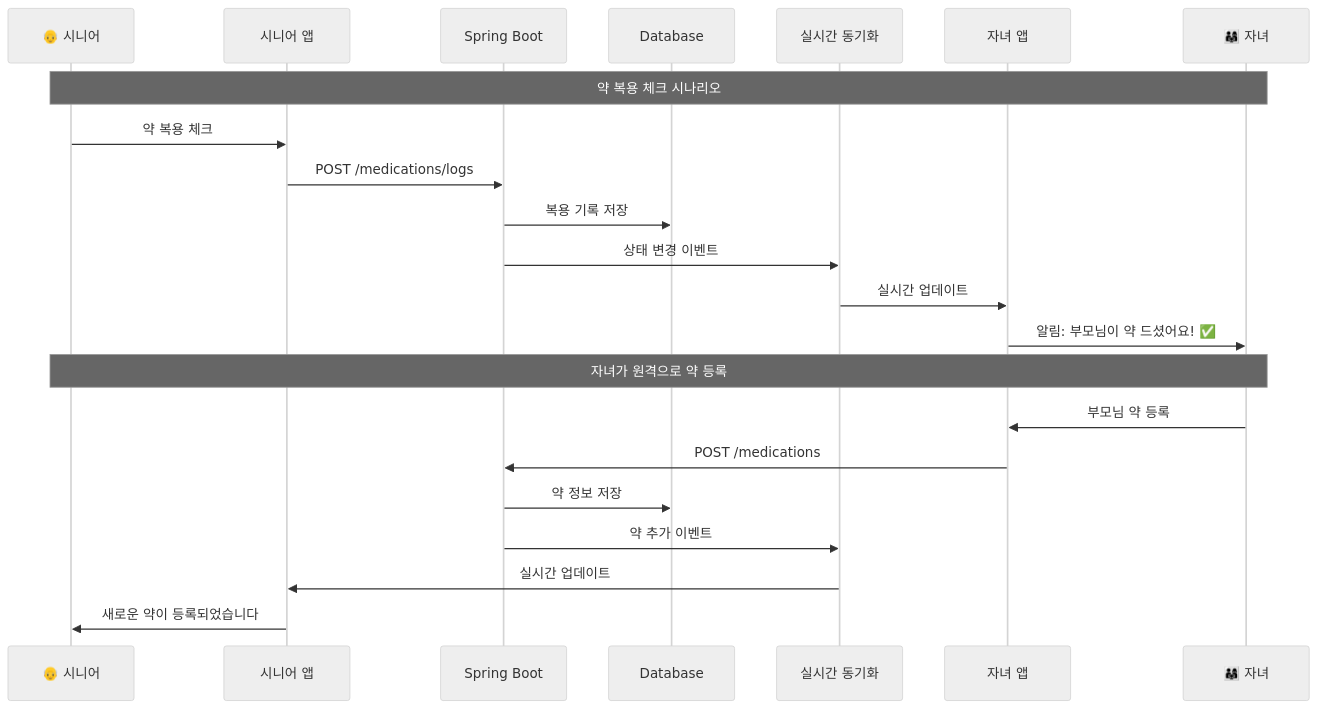
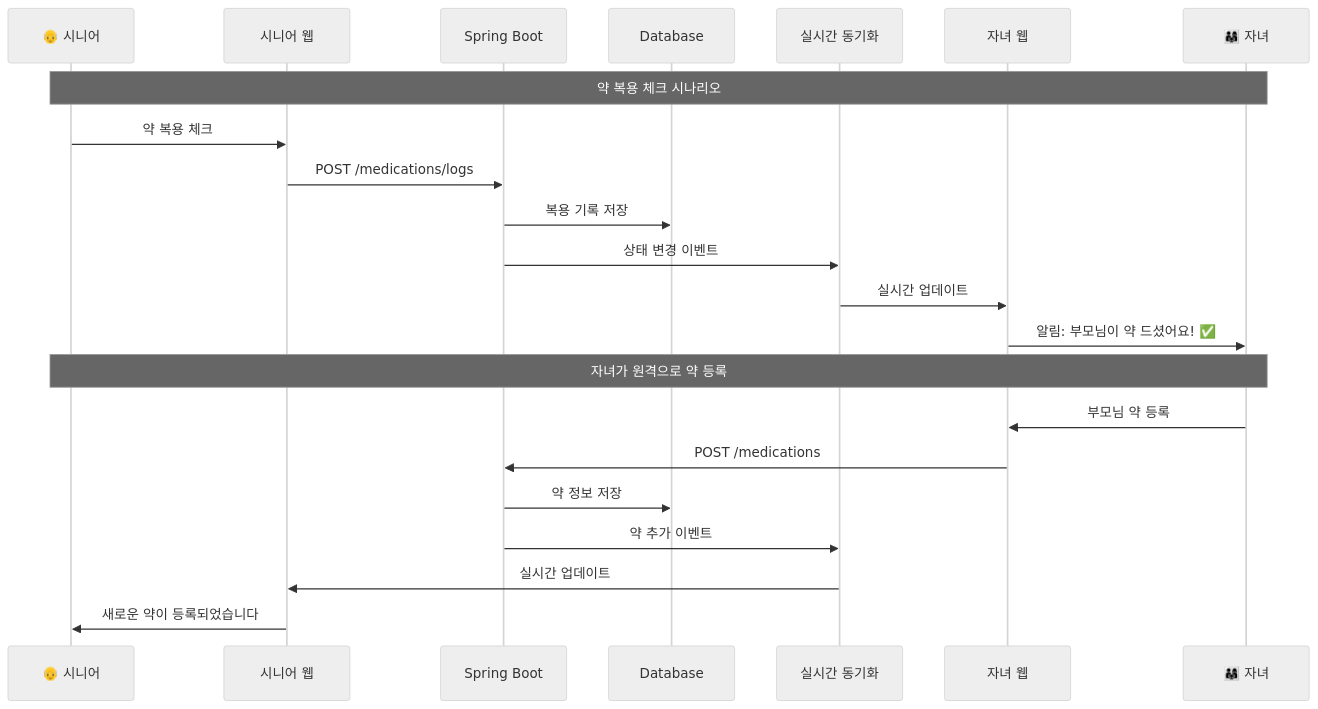
One commit to KOSA2025-FINAL-PROJECT-TEAM3/Front changed the second of 9 diagrams in ARCHITECTURE.md. Above: the diagram before and after it, drawn with Mermaid (neutral theme). The commit also changed other lines of this file, not shown here.

Commit message:
fix: Change terminology from '앱' to '웹' in data flow diagram
- Updated sequence diagram participants
  - SeniorApp → SeniorWeb
  - CaregiverApp → CaregiverWeb
- Changed description from '앱' to '웹'
- Clarified web-only implementation (no React Native)
- KakaoTalk notifications remain in Phase 2 (backend API integration)

````diff
--- a/ARCHITECTURE.md
+++ b/ARCHITECTURE.md
@@ -128,28 +128,28 @@
 ```mermaid
 sequenceDiagram
     participant Senior as 👴 시니어
-    participant SeniorApp as 시니어 앱
+    participant SeniorWeb as 시니어 웹
     participant Backend as Spring Boot
     participant DB as Database
     participant Hocuspocus as 실시간 동기화
-    participant CaregiverApp as 자녀 앱
+    participant CaregiverWeb as 자녀 웹
     participant Caregiver as 👨‍👩‍👧 자녀
 
     Note over Senior,Caregiver: 약 복용 체크 시나리오
 
-    Senior->>SeniorApp: 약 복용 체크
-    SeniorApp->>Backend: POST /medications/logs
+    Senior->>SeniorWeb: 약 복용 체크
+    SeniorWeb->>Backend: POST /medications/logs
     Backend->>DB: 복용 기록 저장
     Backend->>Hocuspocus: 상태 변경 이벤트
-    Hocuspocus->>CaregiverApp: 실시간 업데이트
-    CaregiverApp->>Caregiver: 알림: 부모님이 약 드셨어요! ✅
+    Hocuspocus->>CaregiverWeb: 실시간 업데이트
+    CaregiverWeb->>Caregiver: 알림: 부모님이 약 드셨어요! ✅
 
     Note over Senior,Caregiver: 자녀가 원격으로 약 등록
 
-    Caregiver->>CaregiverApp: 부모님 약 등록
-    CaregiverApp->>Backend: POST /medications
+    Caregiver->>CaregiverWeb: 부모님 약 등록
+    CaregiverWeb->>Backend: POST /medications
     Backend->>DB: 약 정보 저장
     Backend->>Hocuspocus: 약 추가 이벤트
-    Hocuspocus->>SeniorApp: 실시간 업데이트
-    SeniorApp->>Senior: 새로운 약이 등록되었습니다
+    Hocuspocus->>SeniorWeb: 실시간 업데이트
+    SeniorWeb->>Senior: 새로운 약이 등록되었습니다
 ```
````
